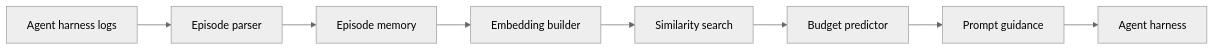
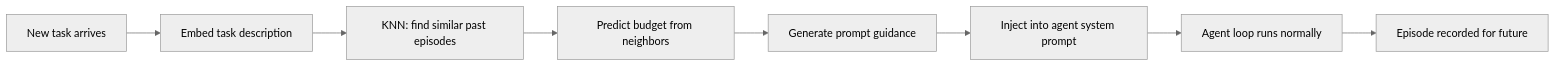
Before and after one commit to monbishnoi/loop-pilot: the diagram in README.md, drawn with Mermaid (neutral theme). The commit also changed other lines of this file and 5 other files, not shown here.

````diff
--- a/README.md
+++ b/README.md
@@ -11,10 +37,10 @@
 ```mermaid
 flowchart LR
-  A["Agent harness logs"] --> B["Episode parser"]
-  B --> C["Episode memory"]
-  C --> D["Embedding builder"]
-  D --> E["Similarity search"]
-  E --> F["Budget predictor"]
-  F --> G["Prompt guidance"]
-  G --> H["Agent harness"]
+  A["New task arrives"] --> B["Embed task description"]
+  B --> C["KNN: find similar past episodes"]
+  C --> D["Predict budget from neighbors"]
+  D --> E["Generate prompt guidance"]
+  E --> F["Inject into agent system prompt"]
+  F --> G["Agent loop runs normally"]
+  G --> H["Episode recorded for future"]
 ```
````
